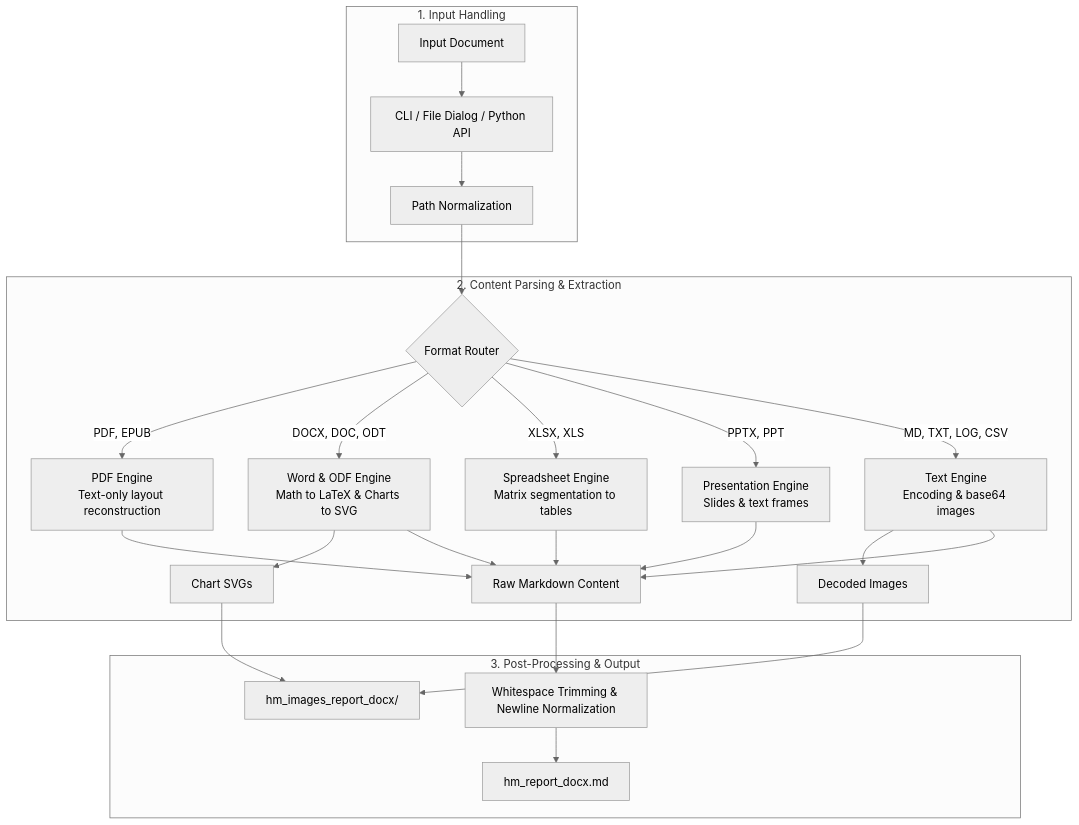
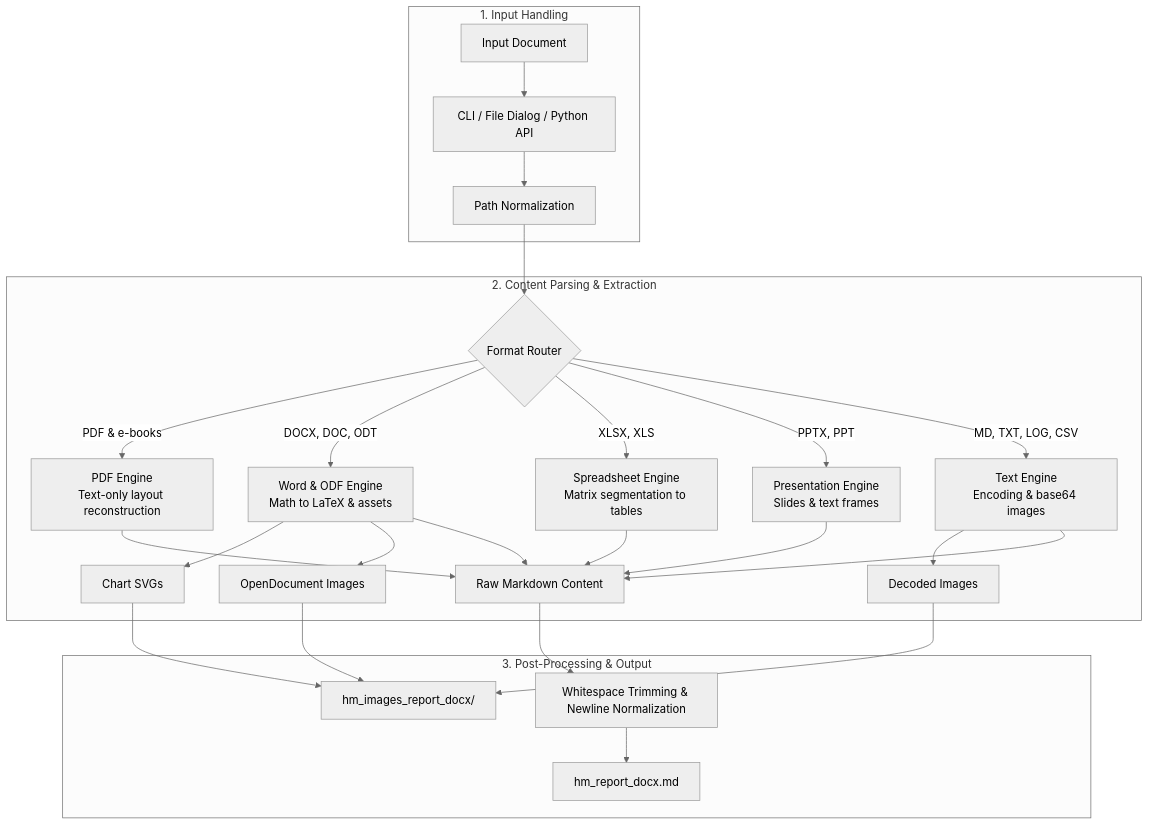
Before and after one commit to sergeypugin/hammerdown: the first of 2 diagrams in docs/ARCHITECTURE.md, drawn with Mermaid (neutral theme). The commit also changed other lines of this file and 4 other files, not shown here.

````diff
--- a/docs/ARCHITECTURE.md
+++ b/docs/ARCHITECTURE.md
@@ -9,34 +9,36 @@
 ```mermaid
 flowchart TD
     subgraph S1 [1. Input Handling]
         A[Input Document] --> B[CLI / File Dialog / Python API]
         B --> C[Path Normalization]
     end
 
     subgraph S2 [2. Content Parsing & Extraction]
         C --> D{Format Router}
 
-        D -->|PDF, EPUB| P_PDF[PDF Engine<br>Text-only layout reconstruction]
-        D -->|DOCX, DOC, ODT| P_DOC[Word & ODF Engine<br>Math to LaTeX & Charts to SVG]
+        D -->|PDF & e-books| P_PDF[PDF Engine<br>Text-only layout reconstruction]
+        D -->|DOCX, DOC, ODT| P_DOC[Word & ODF Engine<br>Math to LaTeX & assets]
         D -->|XLSX, XLS| P_SHEET[Spreadsheet Engine<br>Matrix segmentation to tables]
         D -->|PPTX, PPT| P_PPT[Presentation Engine<br>Slides & text frames]
         D -->|MD, TXT, LOG, CSV| P_TXT[Text Engine<br>Encoding & base64 images]
 
         P_DOC --> SVG[Chart SVGs]
+        P_DOC --> ODFIMG[OpenDocument Images]
         P_TXT --> B64[Decoded Images]
 
         P_PDF --> MD_RAW[Raw Markdown Content]
         P_DOC --> MD_RAW
         P_SHEET --> MD_RAW
         P_PPT --> MD_RAW
         P_TXT --> MD_RAW
     end
 
     subgraph S3 [3. Post-Processing & Output]
         SVG --> ASSETS["hm_images_report_docx/"]
+        ODFIMG --> ASSETS
         B64 --> ASSETS
 
         MD_RAW --> CLEAN[Whitespace Trimming & Newline Normalization]
         CLEAN --> OUT_FILE["hm_report_docx.md"]
     end
 ```
````
